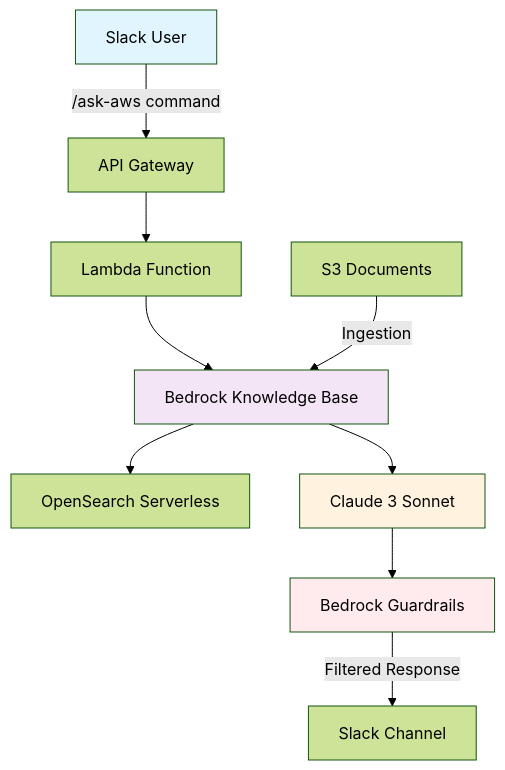
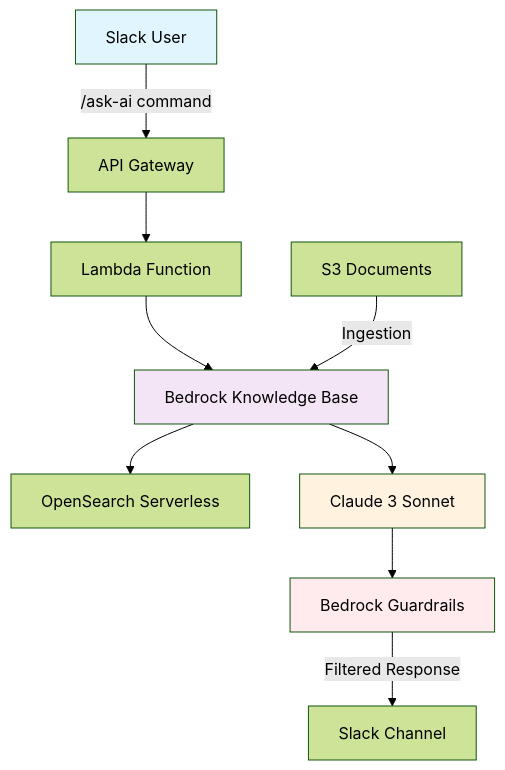
The first of 2 diagrams in Generative-AI-Slack-Assistant-with-Amazon-Bedrock-Knowledge-Bases/content/1-introduction/_index.md (AI-Assistant-Chatbot/AI-Assistant-Chatbot), drawn with Mermaid (forest theme) before and after one commit. The commit also changed other lines of this file and 88 other files, not shown here.

````diff
--- a/Generative-AI-Slack-Assistant-with-Amazon-Bedrock-Knowledge-Bases/content/1-introduction/_index.md
+++ b/Generative-AI-Slack-Assistant-with-Amazon-Bedrock-Knowledge-Bases/content/1-introduction/_index.md
@@ -70,16 +70,16 @@
 ```mermaid
 graph TB
-    A[Slack User] -->|/ask-aws command| B[API Gateway]
+    A[Slack User] -->|/ask-ai command| B[API Gateway]
     B --> C[Lambda Function]
     C --> D[Bedrock Knowledge Base]
     D --> E[OpenSearch Serverless]
     D --> F[Claude 3 Sonnet]
     G[S3 Documents] -->|Ingestion| D
     F --> H[Bedrock Guardrails]
     H -->|Filtered Response| I[Slack Channel]
 
     style A fill:#e1f5fe
     style D fill:#f3e5f5
     style F fill:#fff3e0
     style H fill:#ffebee
 ```
````
